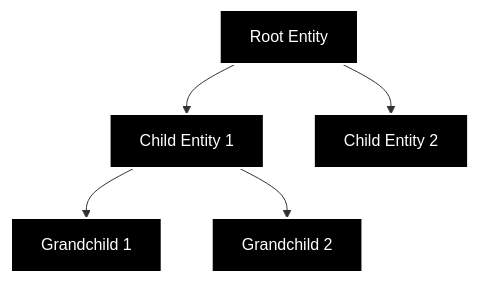
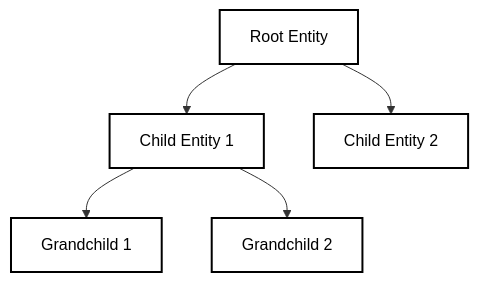
Before and after one commit to ukonpower/OREngine: the second of 2 diagrams in docs/core/entity.md, drawn with Mermaid. The commit also changed 6 other files, not shown here.

````diff
--- a/docs/core/entity.md
+++ b/docs/core/entity.md
@@ -51,12 +51,12 @@
 ```mermaid
 graph TD
     A[Root Entity] --> B[Child Entity 1]
     A --> C[Child Entity 2]
     B --> D[Grandchild 1]
     B --> E[Grandchild 2]
-    style A fill:#000,stroke:#fff,color:#fff,stroke-width:2px
-    style B fill:#000,stroke:#fff,color:#fff,stroke-width:2px
-    style C fill:#000,stroke:#fff,color:#fff,stroke-width:2px
-    style D fill:#000,stroke:#fff,color:#fff,stroke-width:2px
-    style E fill:#000,stroke:#fff,color:#fff,stroke-width:2px
+    style A fill:#fff,stroke:#000,color:#000,stroke-width:2px
+    style B fill:#fff,stroke:#000,color:#000,stroke-width:2px
+    style C fill:#fff,stroke:#000,color:#000,stroke-width:2px
+    style D fill:#fff,stroke:#000,color:#000,stroke-width:2px
+    style E fill:#fff,stroke:#000,color:#000,stroke-width:2px
 ```
````
